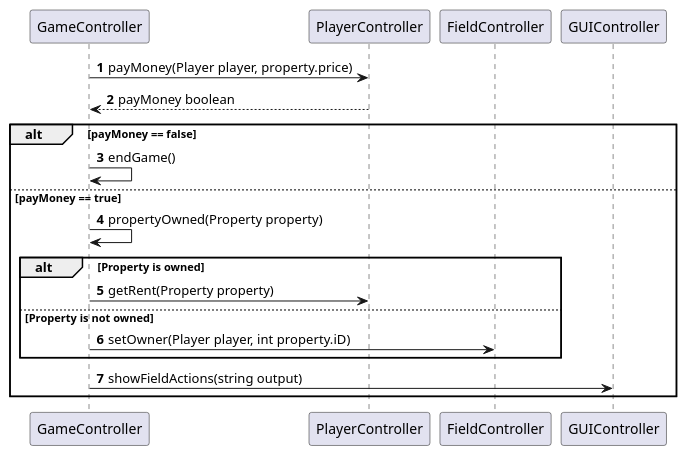
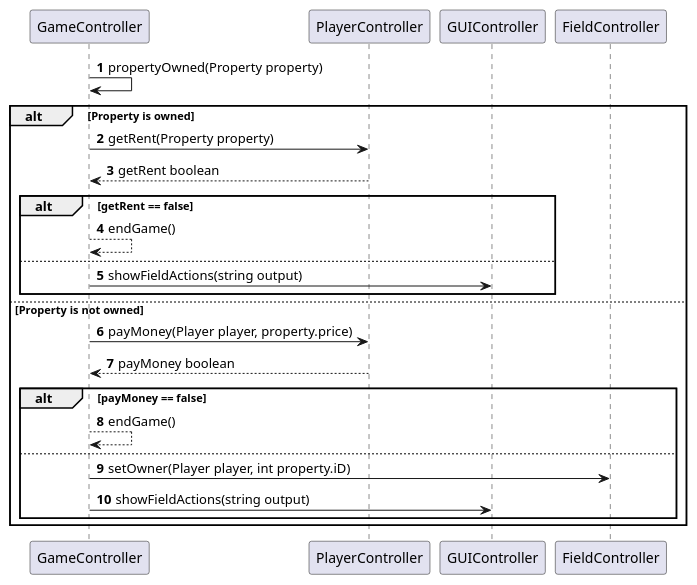
Before and after one commit to Gruppe-10-DTU/CDIO-FINAL: the diagram in src/main/resources/LandOnPropertySequenceDiagram.puml, drawn with PlantUML. The commit also changed 1 other file, not shown here.

Commit message:
Changed sequence diagram to handle if rent price needs to be increased. Added boolean return value to getRent in case the player don't have enough money

```diff
--- a/src/main/resources/LandOnPropertySequenceDiagram.puml
+++ b/src/main/resources/LandOnPropertySequenceDiagram.puml
@@ -1,17 +1,24 @@
 @startuml
 
 autonumber
-GameController -> PlayerController: payMoney(Player player, property.price)
-PlayerController --> GameController: payMoney boolean
-alt payMoney == false
-    GameController -> GameController: endGame()
-else payMoney == true
-    GameController -> GameController: propertyOwned(Property property)
-    alt Property is owned
+GameController -> GameController: propertyOwned(Property property)
+alt Property is owned
     GameController -> PlayerController: getRent(Property property)
-    else Property is not owned
-    GameController -> FieldController: setOwner(Player player, int property.iD)
-    end
-    GameController -> GUIController: showFieldActions(string output)
+    PlayerController --> GameController: getRent boolean
+    alt getRent == false
+        GameController-->GameController: endGame()
+   else
+       GameController -> GUIController: showFieldActions(string output)
+   end
+else Property is not owned
+   GameController -> PlayerController: payMoney(Player player, property.price)
+   PlayerController --> GameController: payMoney boolean
+
+   alt payMoney == false
+    GameController-->GameController: endGame()
+   else
+       GameController -> FieldController: setOwner(Player player, int property.iD)
+       GameController -> GUIController: showFieldActions(string output)
+   end
 end
 @enduml
```
